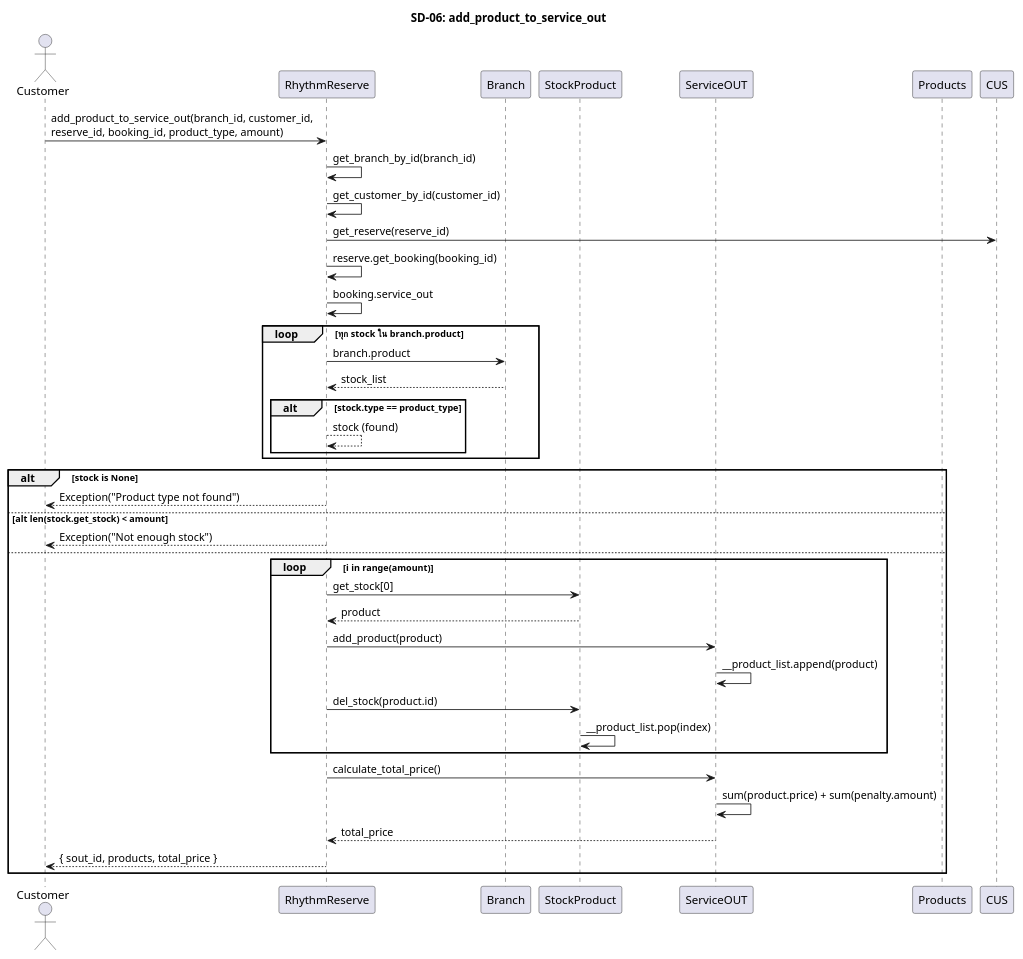
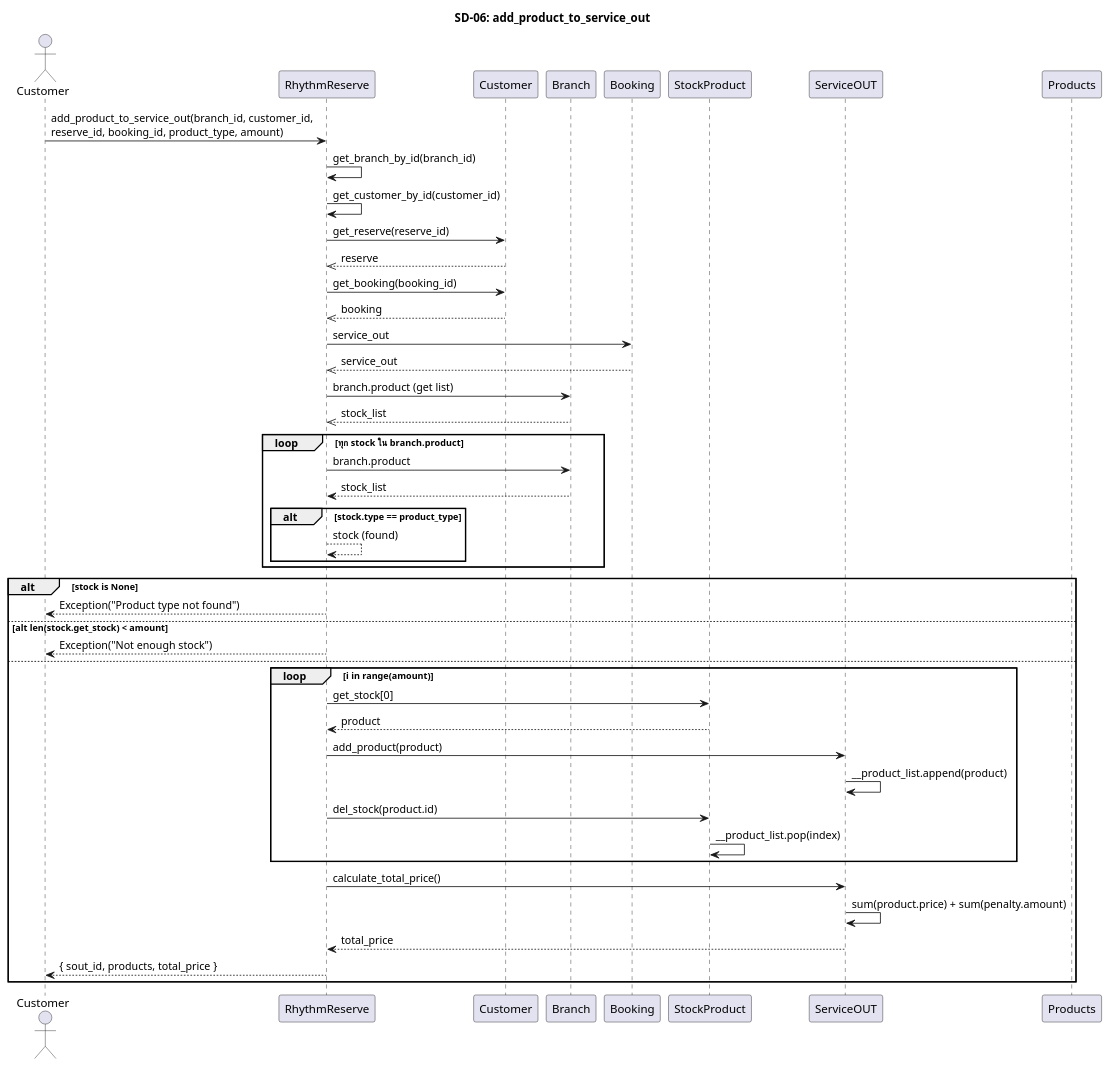
The diagram in diagram/sequence_diagram/9final_sequence/sd_06_add_product_to_service_out.puml (pjngth998/RhythmReserve), drawn with PlantUML before and after one commit. The commit also changed 1 other file, not shown here.

```diff
--- a/diagram/sequence_diagram/9final_sequence/sd_06_add_product_to_service_out.puml
+++ b/diagram/sequence_diagram/9final_sequence/sd_06_add_product_to_service_out.puml
@@ -1,50 +1,69 @@
 @startuml
 title SD-06: add_product_to_service_out
 
 actor Customer as C
 participant "RhythmReserve" as RR
+participant "Customer" as CUS
 participant "Branch" as BR
+participant "Booking" as BK
 participant "StockProduct" as STCK
 participant "ServiceOUT" as SOUT
 participant "Products" as PROD
 
 C -> RR : add_product_to_service_out(branch_id, customer_id,\nreserve_id, booking_id, product_type, amount)
 
 RR -> RR : get_branch_by_id(branch_id)
 RR -> RR : get_customer_by_id(customer_id)
+
 RR -> CUS : get_reserve(reserve_id)
-RR -> RR : reserve.get_booking(booking_id)
-RR -> RR : booking.service_out
+' activate CUS
+CUS -->> RR : reserve
+' deactivate CUS
+
+RR -> CUS : get_booking(booking_id)
+' activate CUS
+CUS -->> RR : booking
+' deactivate CUS
+
+RR -> BK : service_out
+' activate BK
+BK -->> RR : service_out
+' deactivate BK
+
+' --- ค้นหา Stock ---
+RR -> BR : branch.product (get list)
+BR -->> RR : stock_list
+
 
 loop ทุก stock ใน branch.product
     RR -> BR : branch.product
     BR --> RR : stock_list
     alt stock.type == product_type
         RR --> RR : stock (found)
     end
 end
 
 alt stock is None
     RR --> C : Exception("Product type not found")
 else alt len(stock.get_stock) < amount
     RR --> C : Exception("Not enough stock")
 else
     loop i in range(amount)
         RR -> STCK : get_stock[0]
         STCK --> RR : product
 
         RR -> SOUT : add_product(product)
         SOUT -> SOUT : __product_list.append(product)
 
         RR -> STCK : del_stock(product.id)
         STCK -> STCK : __product_list.pop(index)
     end
 
     RR -> SOUT : calculate_total_price()
     SOUT -> SOUT : sum(product.price) + sum(penalty.amount)
     SOUT --> RR : total_price
 
     RR --> C : { sout_id, products, total_price }
 end
 
 @enduml
```
